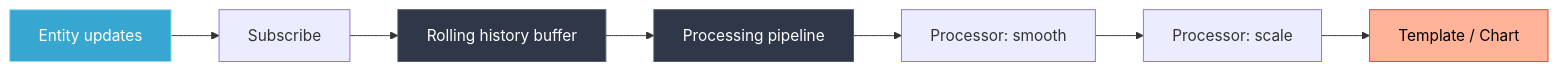
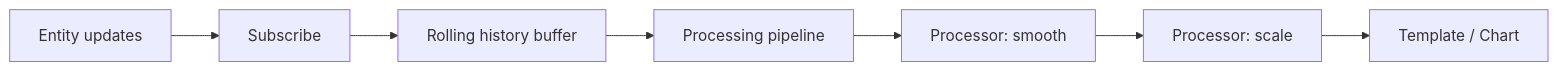
One commit to snootched/lcards changed the diagram in doc/core/datasources/index.md. Above: the diagram before and after it, drawn with Mermaid. The commit also changed other lines of this file and 135 other files, not shown here.

````diff
--- a/doc/core/datasources/index.md
+++ b/doc/core/datasources/index.md
@@ -11,14 +23,9 @@
 ```mermaid
 flowchart LR
     E[Entity updates] --> S[Subscribe]
     S --> H[Rolling history buffer]
     H --> P[Processing pipeline]
     P --> B1[Processor: smooth]
     B1 --> B2[Processor: scale]
     B2 --> OUT[Template / Chart]
-
-    style E fill:#37a6d1,stroke:#93e1ff,color:#fff
-    style OUT fill:#ffb399,stroke:#e7442a,color:#000
-    style H fill:#2f3749,stroke:#52596e,color:#fff
-    style P fill:#2f3749,stroke:#52596e,color:#fff
 ```
````
